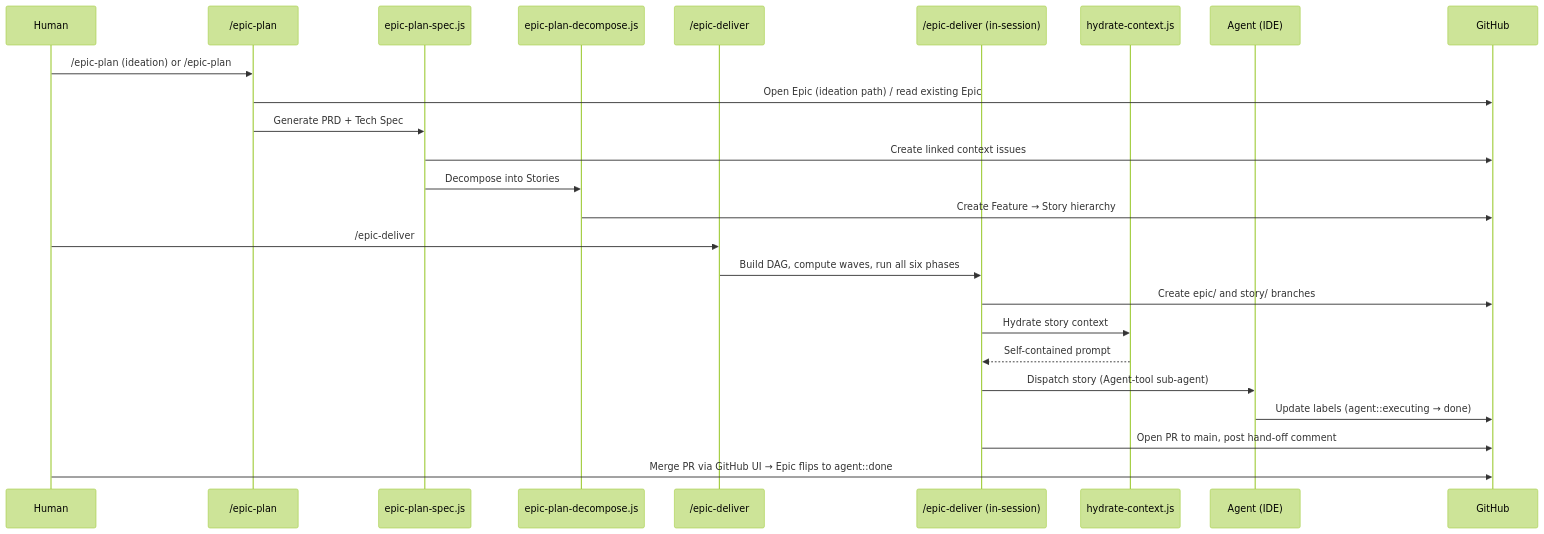
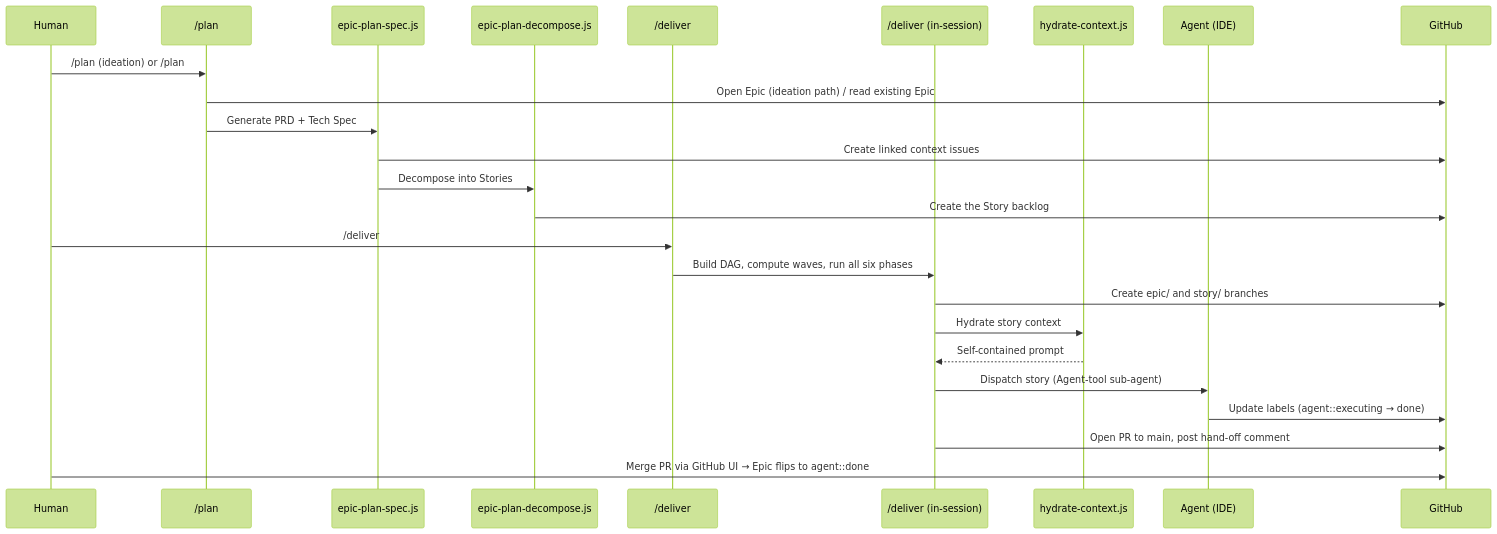
Before and after one commit to dsj1984/mandrel: the sixth of 7 diagrams in docs/architecture.md, drawn with Mermaid (forest theme). The commit also changed other lines of this file and 383 other files, not shown here.

First line of the commit message:
feat!: collapse ticket hierarchy to 2-tier (Epic → Story) and commands to /plan and /deliver (refs #4041) (#4043)

````diff
--- a/docs/architecture.md
+++ b/docs/architecture.md
@@ -580,29 +580,29 @@
 ```mermaid
 sequenceDiagram
     participant H as Human
-    participant P as /epic-plan
+    participant P as /plan
     participant EP as epic-plan-spec.js
     participant TD as epic-plan-decompose.js
-    participant D as /epic-deliver
-    participant EDR as /epic-deliver (in-session)
+    participant D as /deliver
+    participant EDR as /deliver (in-session)
     participant CH as hydrate-context.js
     participant A as Agent (IDE)
     participant GH as GitHub
 
-    H->>P: /epic-plan (ideation) or /epic-plan #EPIC
+    H->>P: /plan (ideation) or /plan #EPIC
     P->>GH: Open Epic (ideation path) / read existing Epic
     P->>EP: Generate PRD + Tech Spec
     EP->>GH: Create linked context issues
     EP->>TD: Decompose into Stories
-    TD->>GH: Create Feature → Story hierarchy
+    TD->>GH: Create the Story backlog
 
-    H->>D: /epic-deliver #EPIC
+    H->>D: /deliver #EPIC
     D->>EDR: Build DAG, compute waves, run all six phases
     EDR->>GH: Create epic/ and story/ branches
     EDR->>CH: Hydrate story context
     CH-->>EDR: Self-contained prompt
     EDR->>A: Dispatch story (Agent-tool sub-agent)
     A->>GH: Update labels (agent::executing → done)
     EDR->>GH: Open PR to main, post hand-off comment
     H->>GH: Merge PR via GitHub UI → Epic flips to agent::done
 ```
````
